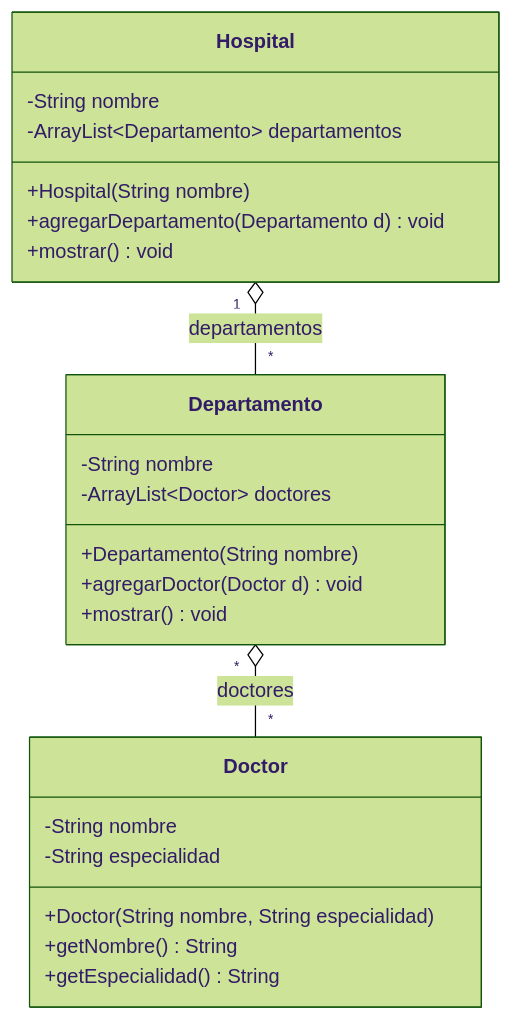
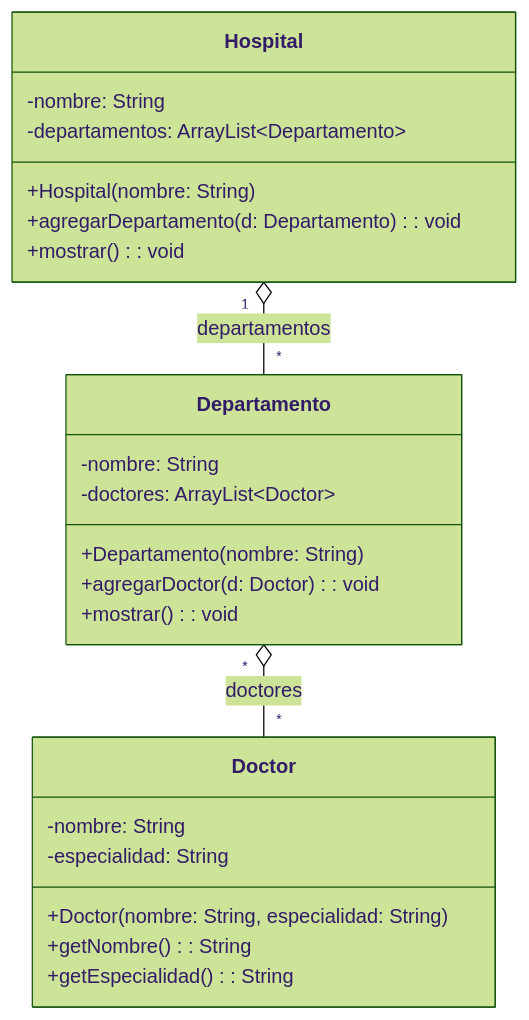
The sixth of 11 diagrams in README.md (CursosProgramacionEP/USIL_SEMANA10), drawn with Mermaid (forest theme) before and after one commit. The commit also changed other lines of this file and 1 other file, not shown here.

First line of the commit message:
Diagramas UML en notacion estandar (nombre: Tipo) en README y PRACTICAS_CLASE

````diff
--- a/README.md
+++ b/README.md
@@ -230,26 +230,26 @@
 ```mermaid
 classDiagram
     class Hospital {
-        -String nombre
-        -ArrayList~Departamento~ departamentos
-        +Hospital(String nombre)
-        +agregarDepartamento(Departamento d) void
-        +mostrar() void
+        -nombre: String
+        -departamentos: ArrayList~Departamento~
+        +Hospital(nombre: String)
+        +agregarDepartamento(d: Departamento) : void
+        +mostrar() : void
     }
     class Departamento {
-        -String nombre
-        -ArrayList~Doctor~ doctores
-        +Departamento(String nombre)
-        +agregarDoctor(Doctor d) void
-        +mostrar() void
+        -nombre: String
+        -doctores: ArrayList~Doctor~
+        +Departamento(nombre: String)
+        +agregarDoctor(d: Doctor) : void
+        +mostrar() : void
     }
     class Doctor {
-        -String nombre
-        -String especialidad
-        +Doctor(String nombre, String especialidad)
-        +getNombre() String
-        +getEspecialidad() String
+        -nombre: String
+        -especialidad: String
+        +Doctor(nombre: String, especialidad: String)
+        +getNombre() : String
+        +getEspecialidad() : String
     }
     Hospital "1" o-- "*" Departamento : departamentos
     Departamento "*" o-- "*" Doctor : doctores
 ```
````
